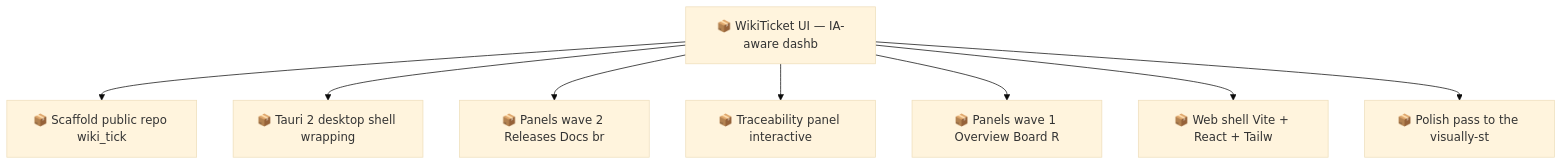
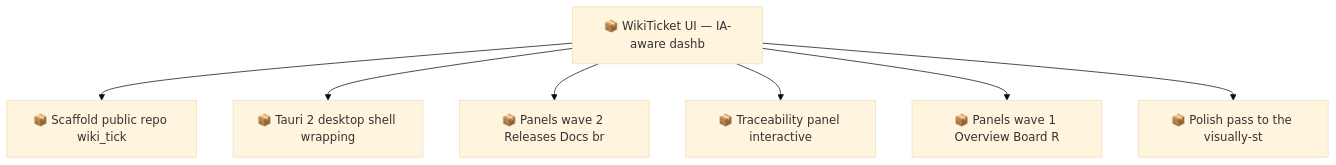
Before and after one commit to SpillwaveSolutions/wiki_ticket_sdd_ui: the second of 2 diagrams in docs/roadmap.md, drawn with Mermaid (base theme). The commit also changed other lines of this file and 45 other files, not shown here.

First line of the commit message:
feat(web): dark dashboard shell — routed panel stubs, typed api client, shared components (#4)

````diff
--- a/docs/roadmap.md
+++ b/docs/roadmap.md
@@ -78,18 +71,16 @@
 ```mermaid
 graph TD
     01KY5ZZX8Y6N7E5YQYP4X1V7VA["📦 Scaffold public repo wiki_tick"]
     01KY5ZZX8YXD5YDJKQGJ3VCCHN["📦 WikiTicket UI — IA-aware dashb"]
     01KY5ZZX8Z46K7BCSPPFKN23JZ["📦 Tauri 2 desktop shell wrapping"]
     01KY5ZZX8ZBF099JH8N2ZRJKKE["📦 Panels wave 2 Releases Docs br"]
     01KY5ZZX8ZJJX208WYH58MY9WS["📦 Traceability panel interactive"]
     01KY5ZZX8ZTV1ZYR8FYGBEWKJV["📦 Panels wave 1 Overview Board R"]
-    01KY5ZZX8ZX1T0SD6S60CQD5Z0["📦 Web shell Vite + React + Tailw"]
     01KY5ZZX8ZYPXTMVCGX4AAZQSG["📦 Polish pass to the visually-st"]
     01KY5ZZX8YXD5YDJKQGJ3VCCHN --> 01KY5ZZX8Y6N7E5YQYP4X1V7VA
     01KY5ZZX8YXD5YDJKQGJ3VCCHN --> 01KY5ZZX8Z46K7BCSPPFKN23JZ
     01KY5ZZX8YXD5YDJKQGJ3VCCHN --> 01KY5ZZX8ZBF099JH8N2ZRJKKE
     01KY5ZZX8YXD5YDJKQGJ3VCCHN --> 01KY5ZZX8ZJJX208WYH58MY9WS
     01KY5ZZX8YXD5YDJKQGJ3VCCHN --> 01KY5ZZX8ZTV1ZYR8FYGBEWKJV
-    01KY5ZZX8YXD5YDJKQGJ3VCCHN --> 01KY5ZZX8ZX1T0SD6S60CQD5Z0
     01KY5ZZX8YXD5YDJKQGJ3VCCHN --> 01KY5ZZX8ZYPXTMVCGX4AAZQSG
 ```
````
